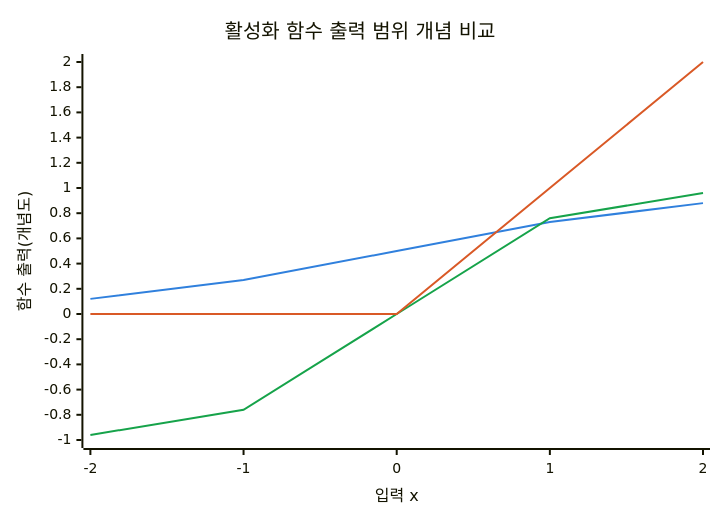
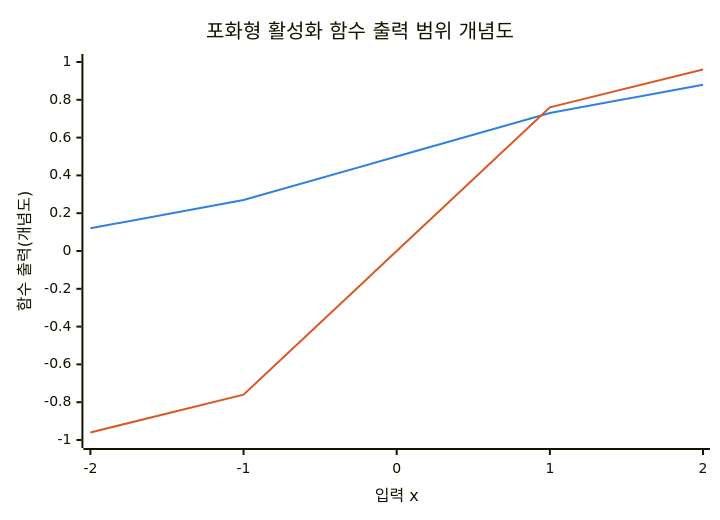
One commit to agnusdei1207/knowledge-base changed the first of 4 diagrams in src/content/docs/notes/01-basic-theory/040_activation_functions.md. Above: the diagram before and after it, drawn with Mermaid. The commit also changed other lines of this file and 11 other files, not shown here.

````diff
--- a/src/content/docs/notes/01-basic-theory/040_activation_functions.md
+++ b/src/content/docs/notes/01-basic-theory/040_activation_functions.md
@@ -56,10 +59,9 @@
 ```mermaid
-%%{init: {"themeVariables": {"xyChart": {"plotColorPalette": "#3080dd, #16a34a, #d95926"}}} }%%
+%%{init: {"themeVariables": {"xyChart": {"plotColorPalette": "#3080dd, #d95926"}}} }%%
 xychart-beta
-    title "활성화 함수 출력 범위 개념 비교"
+    title "포화형 활성화 함수 출력 범위 개념도"
     x-axis "입력 x" [-2, -1, 0, 1, 2]
-    y-axis "함수 출력(개념도)" -1 --> 2
+    y-axis "함수 출력(개념도)" -1 --> 1
     line [0.12, 0.27, 0.5, 0.73, 0.88]
     line [-0.96, -0.76, 0, 0.76, 0.96]
-    line [0, 0, 0, 1, 2]
 ```
````
